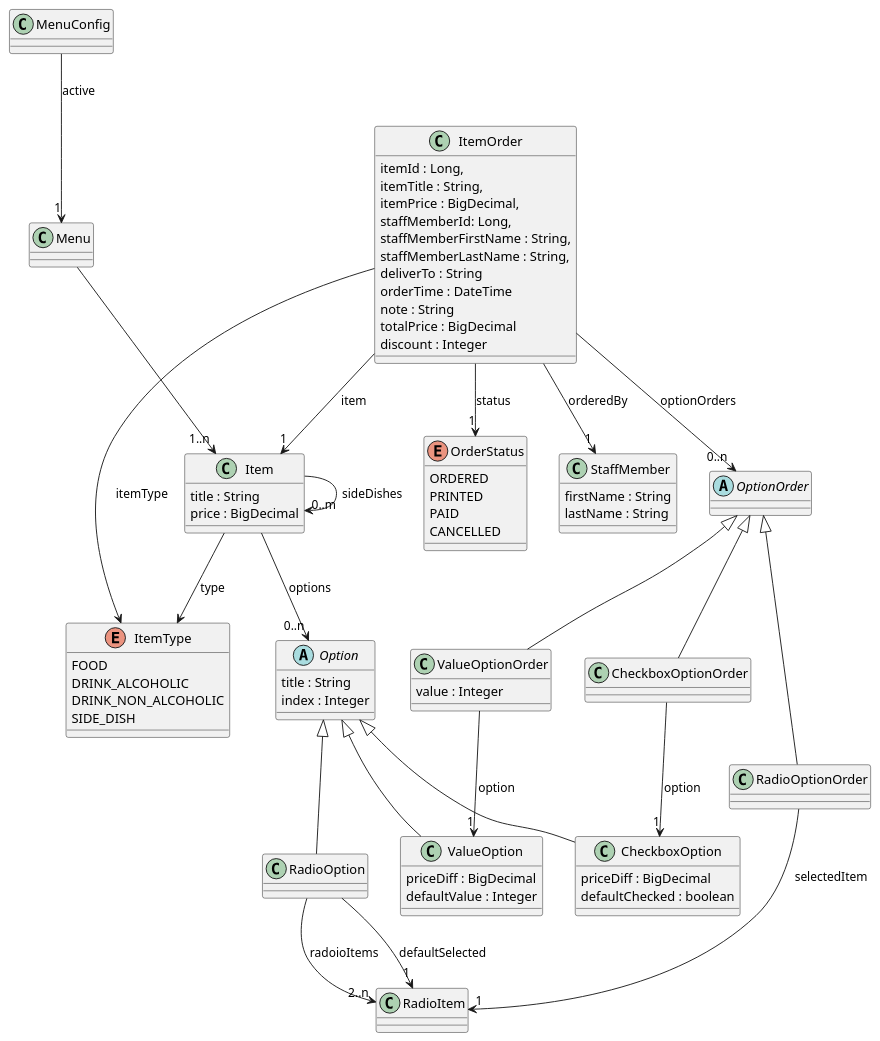
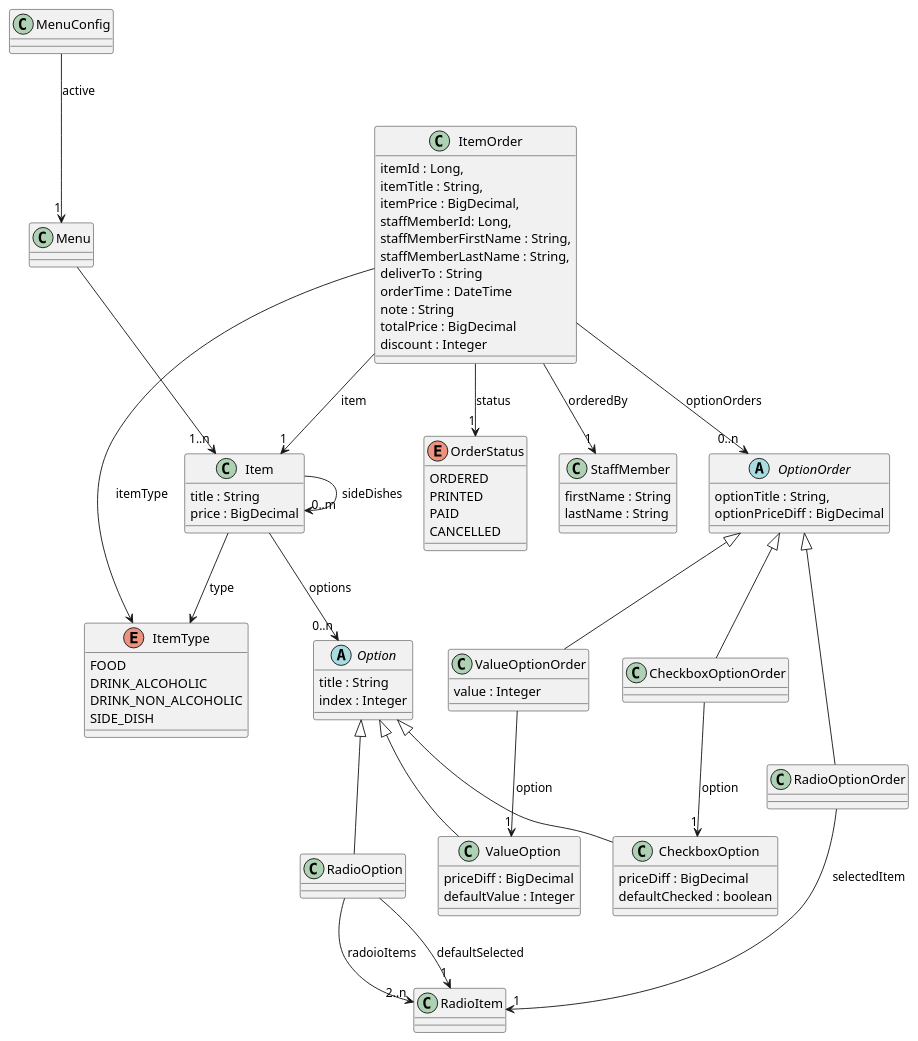
One commit to clboettcher/bonappetit changed the diagram in bonappetit-documentation/src/docs/asciidoc/development/domain_model.adoc. Above: the diagram before and after it, drawn with PlantUML.

Commit message:
Updated domain model with new option order properties

```diff
--- a/bonappetit-documentation/src/docs/asciidoc/development/domain_model.adoc
+++ b/bonappetit-documentation/src/docs/asciidoc/development/domain_model.adoc
@@ -55,7 +55,11 @@
     discount : Integer
 }
 
-abstract class  OptionOrder
+abstract class  OptionOrder {
+    optionTitle : String,
+    optionPriceDiff : BigDecimal
+}
+
 class ValueOptionOrder {
     value : Integer
 }
```
